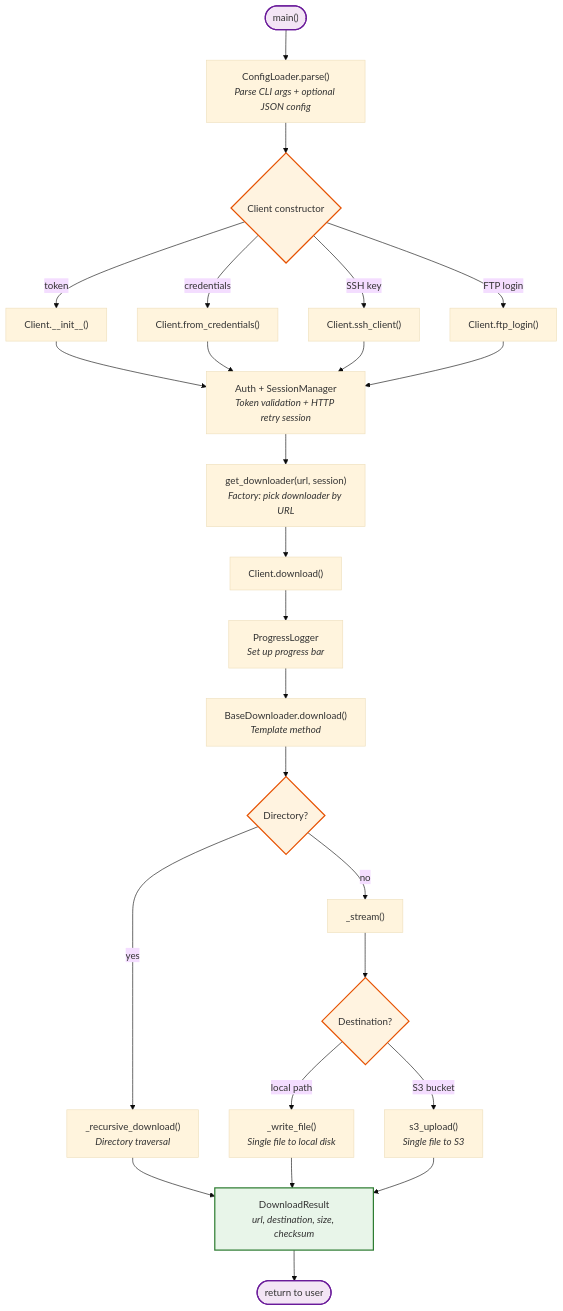
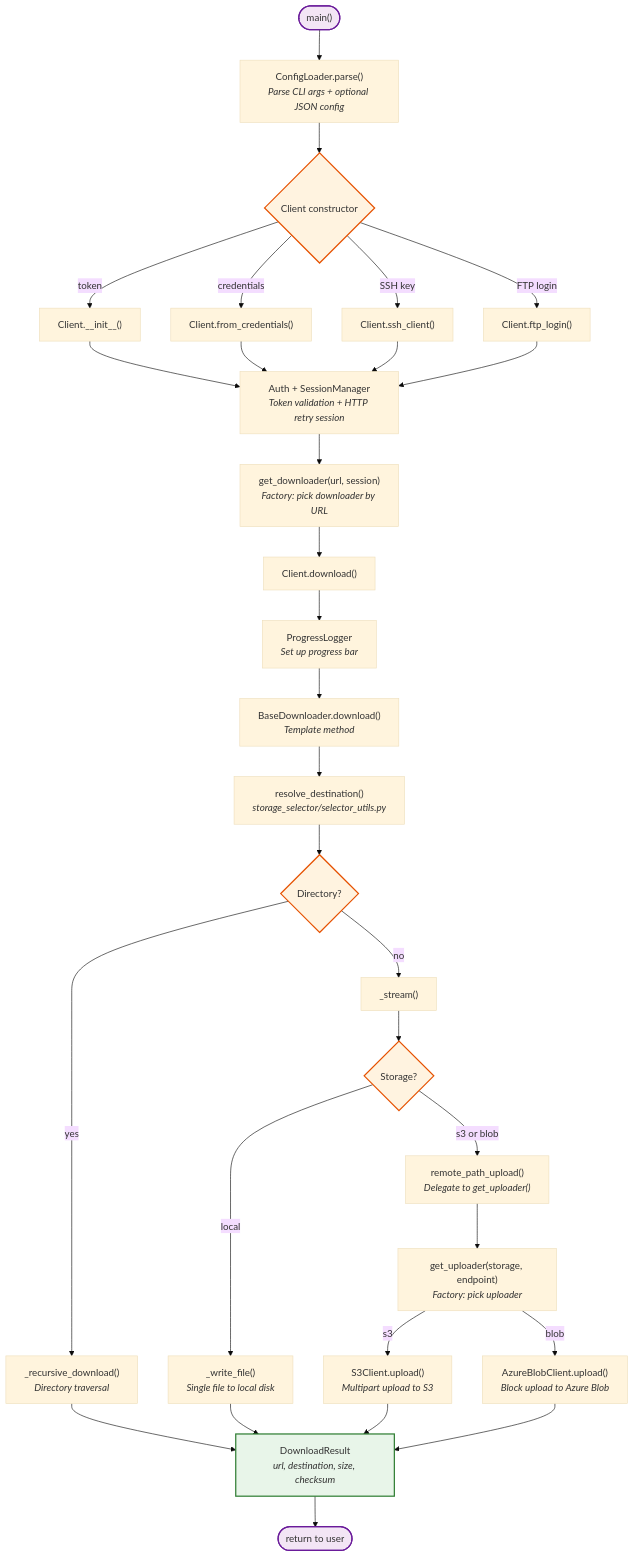
The second of 2 diagrams in docs/developer-guide/architecture.md (dafnifacility/dafni-data-bridge), drawn with Mermaid (base theme) before and after one commit. The commit also changed other lines of this file and 6 other files, not shown here.

````diff
--- a/docs/developer-guide/architecture.md
+++ b/docs/developer-guide/architecture.md
@@ -107,41 +126,47 @@
 ```mermaid
 flowchart TD
     Start(["main()"]) --> Parse["ConfigLoader.parse()<br/><i>Parse CLI args + optional JSON config</i>"]
     Parse --> ClientCtor{"Client constructor"}
 
     ClientCtor -->|token| CI1["Client.__init__()"]
     ClientCtor -->|credentials| CI2["Client.from_credentials()"]
     ClientCtor -->|SSH key| CI3["Client.ssh_client()"]
     ClientCtor -->|FTP login| CI4["Client.ftp_login()"]
 
     CI1 --> Setup["Auth + SessionManager<br/><i>Token validation + HTTP retry session</i>"]
     CI2 --> Setup
     CI3 --> Setup
     CI4 --> Setup
 
     Setup --> Factory["get_downloader(url, session)<br/><i>Factory: pick downloader by URL</i>"]
     Factory --> Dl["Client.download()"]
 
     Dl --> PL["ProgressLogger<br/><i>Set up progress bar</i>"]
     PL --> BD["BaseDownloader.download()<br/><i>Template method</i>"]
 
-    BD --> DecDir{"Directory?"}
+    BD --> RD["resolve_destination()<br/><i>storage_selector/selector_utils.py</i>"]
+    RD --> DecDir{"Directory?"}
     DecDir -->|yes| Rec["_recursive_download()<br/><i>Directory traversal</i>"]
     DecDir -->|no| Stream["_stream()"]
 
-    Stream --> DecDest{"Destination?"}
-    DecDest -->|local path| WF["_write_file()<br/><i>Single file to local disk</i>"]
-    DecDest -->|S3 bucket| S3["s3_upload()<br/><i>Single file to S3</i>"]
+    Stream --> DecDest{"Storage?"}
+    DecDest -->|local| WF["_write_file()<br/><i>Single file to local disk</i>"]
+    DecDest -->|s3 or blob| Remote["remote_path_upload()<br/><i>Delegate to get_uploader()</i>"]
+
+    Remote --> UpFactory["get_uploader(storage, endpoint)<br/><i>Factory: pick uploader</i>"]
+    UpFactory -->|s3| S3["S3Client.upload()<br/><i>Multipart upload to S3</i>"]
+    UpFactory -->|blob| Az["AzureBlobClient.upload()<br/><i>Block upload to Azure Blob</i>"]
 
     Rec --> Result["DownloadResult<br/><i>url, destination, size, checksum</i>"]
     WF --> Result
     S3 --> Result
+    Az --> Result
     Result --> End([return to user])
 
     classDef entry fill:#f3e5f5,stroke:#6a1b9a,stroke-width:2px
     classDef decision fill:#fff3e0,stroke:#e65100,stroke-width:2px
     classDef result fill:#e8f5e9,stroke:#2e7d32,stroke-width:2px
     class Start,End entry
     class ClientCtor,DecDir,DecDest decision
     class Result result
 ```
````
